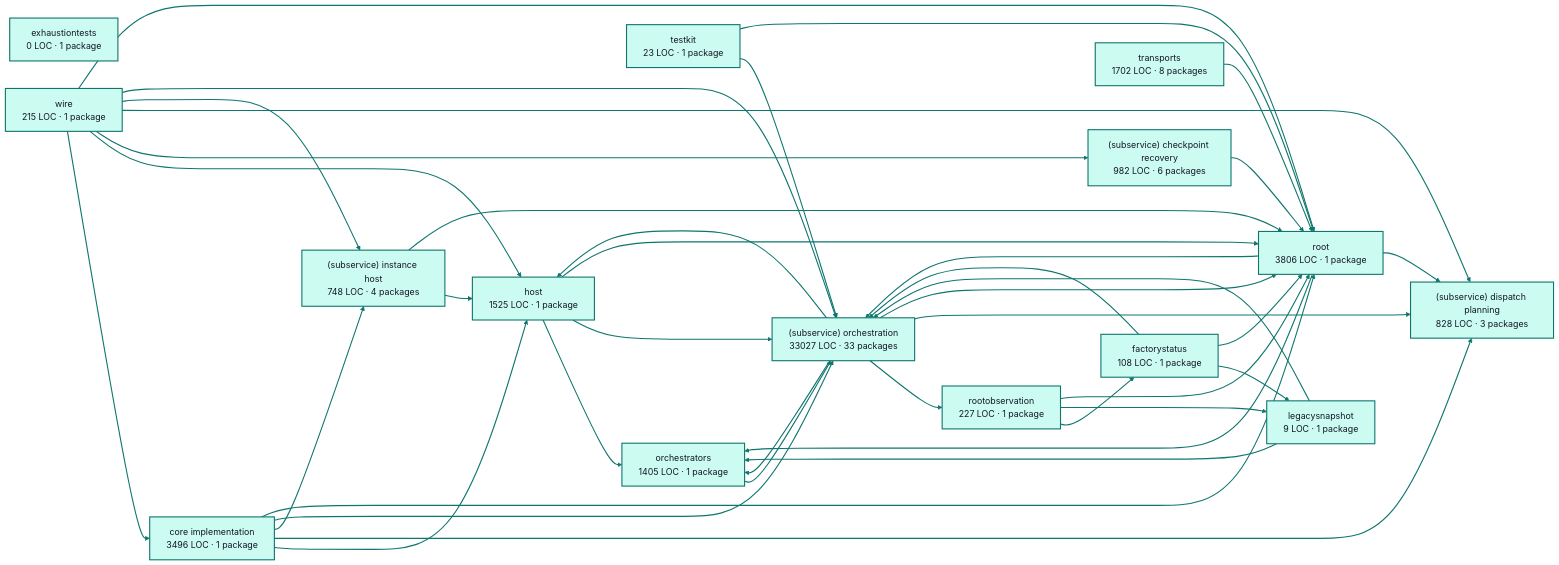
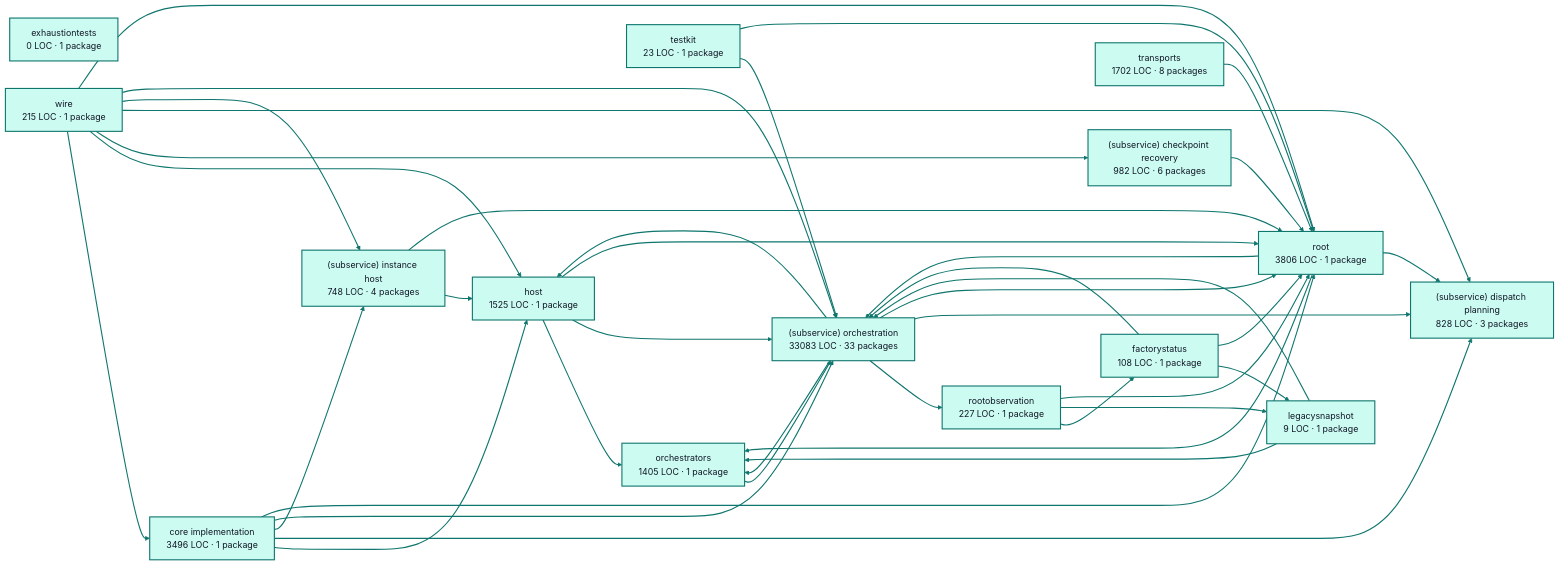
One commit to portpowered/you-agent-factory changed the diagram in docs/architecture/visualizations/services/factory_runtime.md. Above: the diagram before and after it, drawn with Mermaid (base theme). The commit also changed other lines of this file and 20 other files, not shown here.

Commit message:
docs: refresh backend architecture visualizations

````diff
--- a/docs/architecture/visualizations/services/factory_runtime.md
+++ b/docs/architecture/visualizations/services/factory_runtime.md
@@ -11,72 +11,72 @@
 ```mermaid
 flowchart LR
   p0["core implementation<br/>3496 LOC · 1 package"]
   p1["exhaustiontests<br/>0 LOC · 1 package"]
   p2["factorystatus<br/>108 LOC · 1 package"]
   p3["host<br/>1525 LOC · 1 package"]
   p4["legacysnapshot<br/>9 LOC · 1 package"]
   p5["orchestrators<br/>1405 LOC · 1 package"]
   p6["rootobservation<br/>227 LOC · 1 package"]
   p7["(subservice) checkpoint recovery<br/>982 LOC · 6 packages"]
   p8["(subservice) dispatch planning<br/>828 LOC · 3 packages"]
   p9["(subservice) instance host<br/>748 LOC · 4 packages"]
-  p10["(subservice) orchestration<br/>33027 LOC · 33 packages"]
+  p10["(subservice) orchestration<br/>33083 LOC · 33 packages"]
   p11["testkit<br/>23 LOC · 1 package"]
   p12["root<br/>3806 LOC · 1 package"]
   p13["transports<br/>1702 LOC · 8 packages"]
   p14["wire<br/>215 LOC · 1 package"]
   p0 --> p3
   p0 --> p8
   p0 --> p9
   p0 --> p10
   p0 --> p12
   p2 --> p4
   p2 --> p10
   p2 --> p12
   p3 --> p5
   p3 --> p10
   p3 --> p12
   p4 --> p5
   p4 --> p10
   p5 --> p10
   p6 --> p2
   p6 --> p4
   p6 --> p12
   p7 --> p12
   p9 --> p3
   p9 --> p12
   p10 --> p3
   p10 --> p5
   p10 --> p6
   p10 --> p8
   p10 --> p12
   p11 --> p10
   p11 --> p12
   p12 --> p5
   p12 --> p8
   p12 --> p10
   p13 --> p12
   p14 --> p0
   p14 --> p3
   p14 --> p7
   p14 --> p8
   p14 --> p9
   p14 --> p10
   p14 --> p12
   style p0 fill:#ccfbf1,stroke:#0f766e,stroke-width:2px,color:#111827
   style p1 fill:#ccfbf1,stroke:#0f766e,stroke-width:2px,color:#111827
   style p2 fill:#ccfbf1,stroke:#0f766e,stroke-width:2px,color:#111827
   style p3 fill:#ccfbf1,stroke:#0f766e,stroke-width:2px,color:#111827
   style p4 fill:#ccfbf1,stroke:#0f766e,stroke-width:2px,color:#111827
   style p5 fill:#ccfbf1,stroke:#0f766e,stroke-width:2px,color:#111827
   style p6 fill:#ccfbf1,stroke:#0f766e,stroke-width:2px,color:#111827
   style p7 fill:#ccfbf1,stroke:#0f766e,stroke-width:2px,color:#111827
   style p8 fill:#ccfbf1,stroke:#0f766e,stroke-width:2px,color:#111827
   style p9 fill:#ccfbf1,stroke:#0f766e,stroke-width:2px,color:#111827
   style p10 fill:#ccfbf1,stroke:#0f766e,stroke-width:2px,color:#111827
   style p11 fill:#ccfbf1,stroke:#0f766e,stroke-width:2px,color:#111827
   style p12 fill:#ccfbf1,stroke:#0f766e,stroke-width:2px,color:#111827
   style p13 fill:#ccfbf1,stroke:#0f766e,stroke-width:2px,color:#111827
   style p14 fill:#ccfbf1,stroke:#0f766e,stroke-width:2px,color:#111827
   linkStyle default stroke:#0f766e,stroke-width:2px
 ```
````
